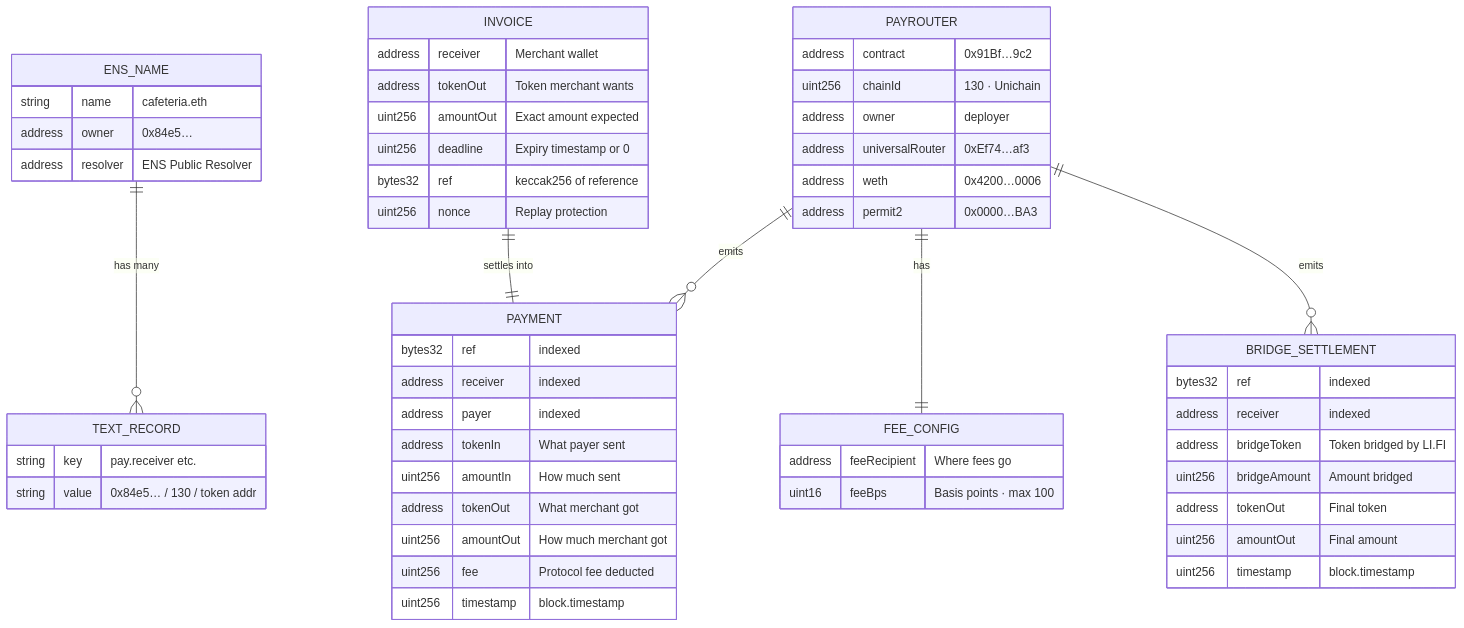
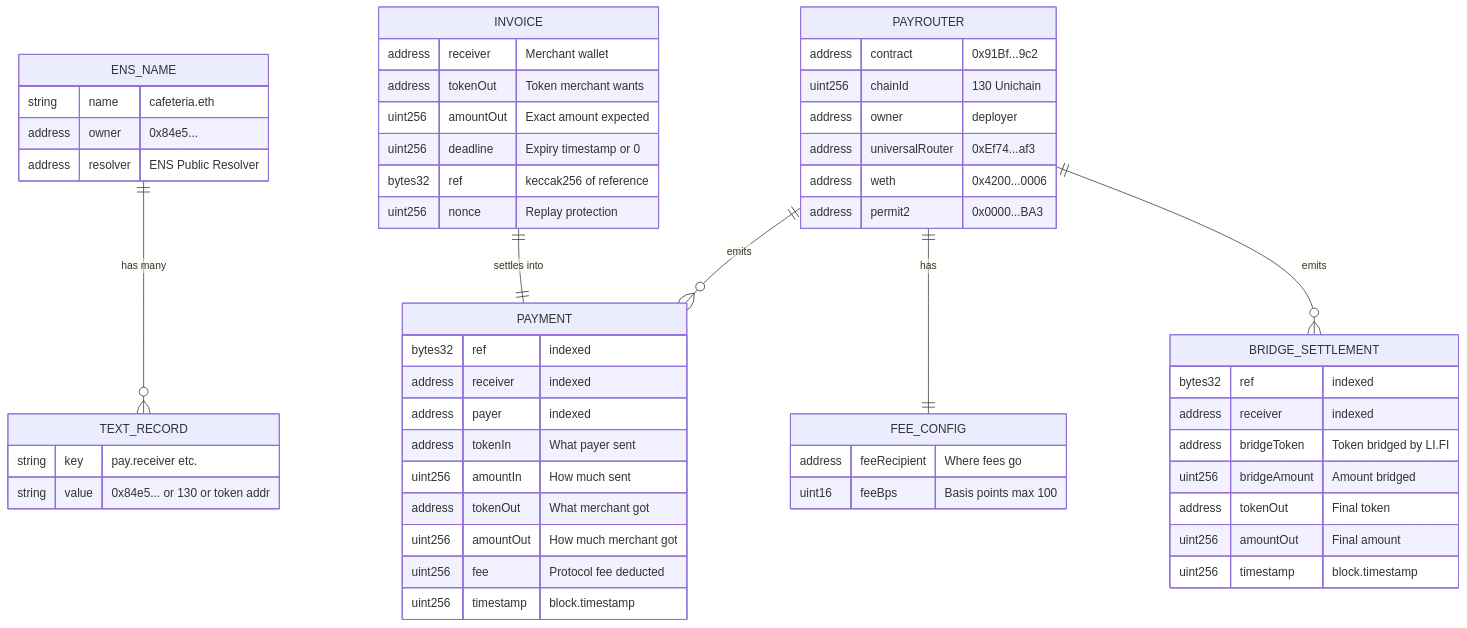
One commit to danelerr/htm-abipago changed diagram 11 of 11 in docs/architecture.md. Above: the diagram before and after it, drawn with Mermaid. The commit also changed other lines of this file, not shown here.

Commit message:
updsare diagram

````diff
--- a/docs/architecture.md
+++ b/docs/architecture.md
@@ -637,62 +637,62 @@
 ```mermaid
 erDiagram
     ENS_NAME ||--o{ TEXT_RECORD : "has many"
     ENS_NAME {
         string name "cafeteria.eth"
-        address owner "0x84e5…"
+        address owner "0x84e5..."
         address resolver "ENS Public Resolver"
     }
     TEXT_RECORD {
         string key "pay.receiver etc."
-        string value "0x84e5… / 130 / token addr"
+        string value "0x84e5... or 130 or token addr"
     }
 
     INVOICE ||--|| PAYMENT : "settles into"
     INVOICE {
         address receiver "Merchant wallet"
         address tokenOut "Token merchant wants"
         uint256 amountOut "Exact amount expected"
         uint256 deadline "Expiry timestamp or 0"
         bytes32 ref "keccak256 of reference"
         uint256 nonce "Replay protection"
     }
 
     PAYMENT {
         bytes32 ref "indexed"
         address receiver "indexed"
         address payer "indexed"
         address tokenIn "What payer sent"
         uint256 amountIn "How much sent"
         address tokenOut "What merchant got"
         uint256 amountOut "How much merchant got"
         uint256 fee "Protocol fee deducted"
         uint256 timestamp "block.timestamp"
     }
 
     BRIDGE_SETTLEMENT {
         bytes32 ref "indexed"
         address receiver "indexed"
         address bridgeToken "Token bridged by LI.FI"
         uint256 bridgeAmount "Amount bridged"
         address tokenOut "Final token"
         uint256 amountOut "Final amount"
         uint256 timestamp "block.timestamp"
     }
 
     FEE_CONFIG {
         address feeRecipient "Where fees go"
-        uint16 feeBps "Basis points · max 100"
+        uint16 feeBps "Basis points max 100"
     }
 
     PAYROUTER ||--|| FEE_CONFIG : "has"
     PAYROUTER ||--o{ PAYMENT : "emits"
     PAYROUTER ||--o{ BRIDGE_SETTLEMENT : "emits"
     PAYROUTER {
-        address contract "0x91Bf…9c2"
-        uint256 chainId "130 · Unichain"
+        address contract "0x91Bf...9c2"
+        uint256 chainId "130 Unichain"
         address owner "deployer"
-        address universalRouter "0xEf74…af3"
-        address weth "0x4200…0006"
-        address permit2 "0x0000…BA3"
+        address universalRouter "0xEf74...af3"
+        address weth "0x4200...0006"
+        address permit2 "0x0000...BA3"
     }
 ```
````
